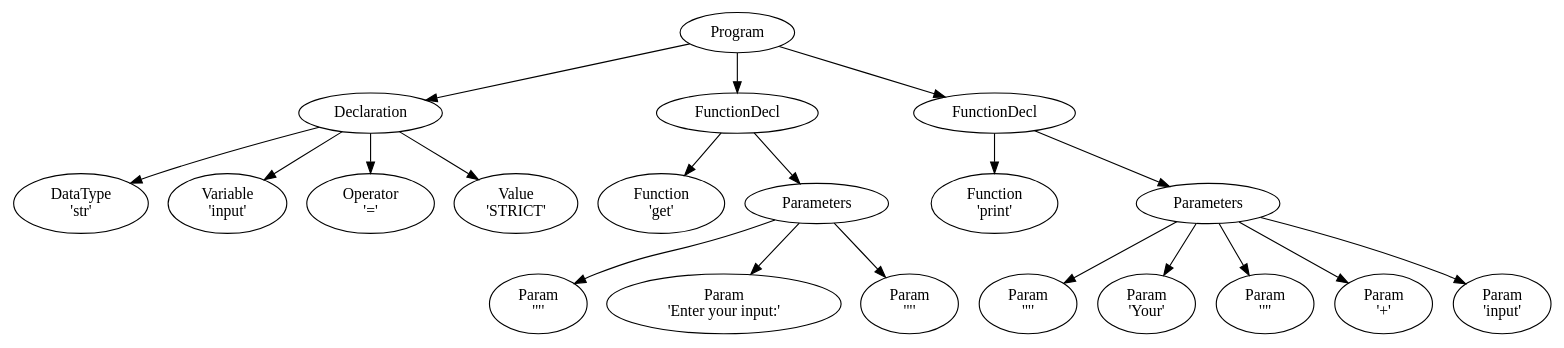
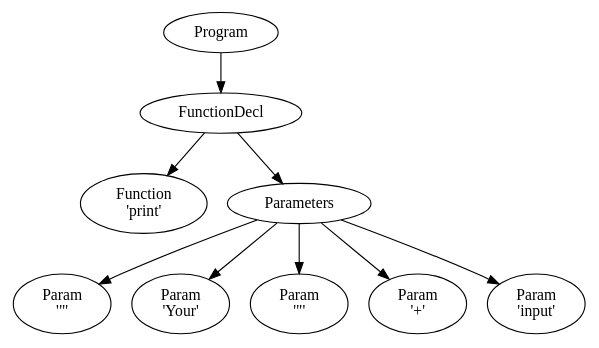
The diagram in ast/token_visualization.dot (jeipab/X-presso), drawn with Graphviz before and after one commit. The commit also changed 10 other files, not shown here.

```diff
--- a/ast/token_visualization.dot
+++ b/ast/token_visualization.dot
@@ -1,57 +1,27 @@
 digraph AbstractSyntaxTree {
     node [shape=ellipse];
 
     node0 [label="Program"];
-    node1 [label="Declaration"];
+    node1 [label="FunctionDecl"];
     node0 -> node1;
-    node2 [label="DataType
-'str'"];
+    node2 [label="Function
+'print'"];
     node1 -> node2;
-    node3 [label="Variable
+    node3 [label="Parameters"];
+    node1 -> node3;
+    node4 [label="Param
+'\"'"];
+    node3 -> node4;
+    node5 [label="Param
+'Your'"];
+    node3 -> node5;
+    node6 [label="Param
+'\"'"];
+    node3 -> node6;
+    node7 [label="Param
+'+'"];
+    node3 -> node7;
+    node8 [label="Param
 'input'"];
-    node1 -> node3;
-    node4 [label="Operator
-'='"];
-    node1 -> node4;
-    node5 [label="Value
-'STRICT'"];
-    node1 -> node5;
-    node6 [label="FunctionDecl"];
-    node0 -> node6;
-    node7 [label="Function
-'get'"];
-    node6 -> node7;
-    node8 [label="Parameters"];
-    node6 -> node8;
-    node9 [label="Param
-'\"'"];
-    node8 -> node9;
-    node10 [label="Param
-'Enter your input:'"];
-    node8 -> node10;
-    node11 [label="Param
-'\"'"];
-    node8 -> node11;
-    node12 [label="FunctionDecl"];
-    node0 -> node12;
-    node13 [label="Function
-'print'"];
-    node12 -> node13;
-    node14 [label="Parameters"];
-    node12 -> node14;
-    node15 [label="Param
-'\"'"];
-    node14 -> node15;
-    node16 [label="Param
-'Your'"];
-    node14 -> node16;
-    node17 [label="Param
-'\"'"];
-    node14 -> node17;
-    node18 [label="Param
-'+'"];
-    node14 -> node18;
-    node19 [label="Param
-'input'"];
-    node14 -> node19;
+    node3 -> node8;
 }
```
